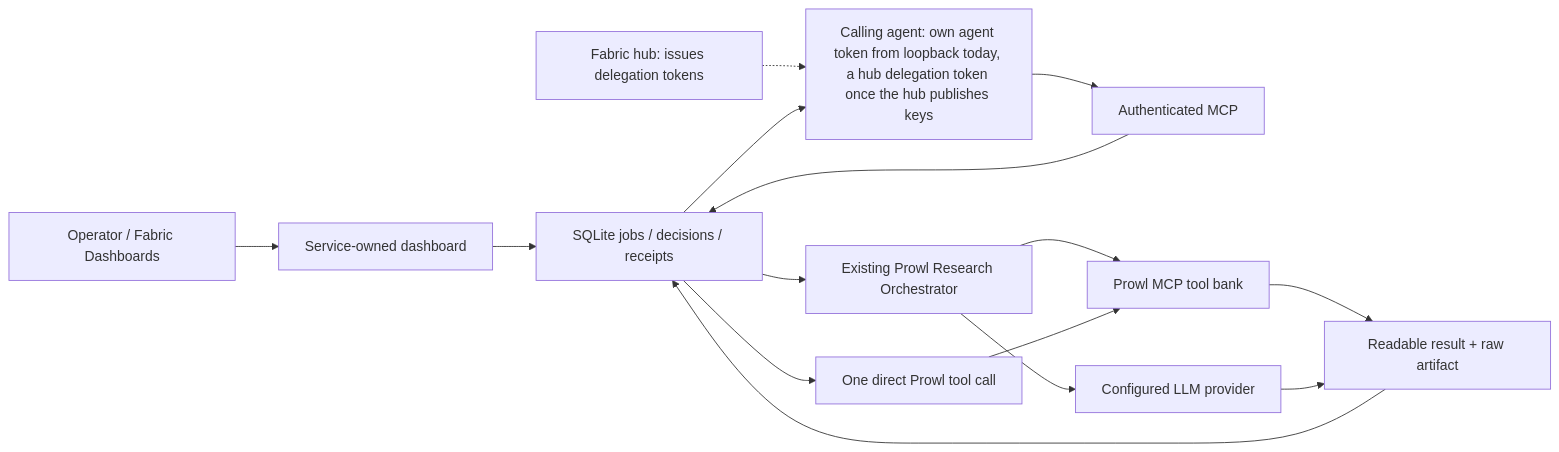
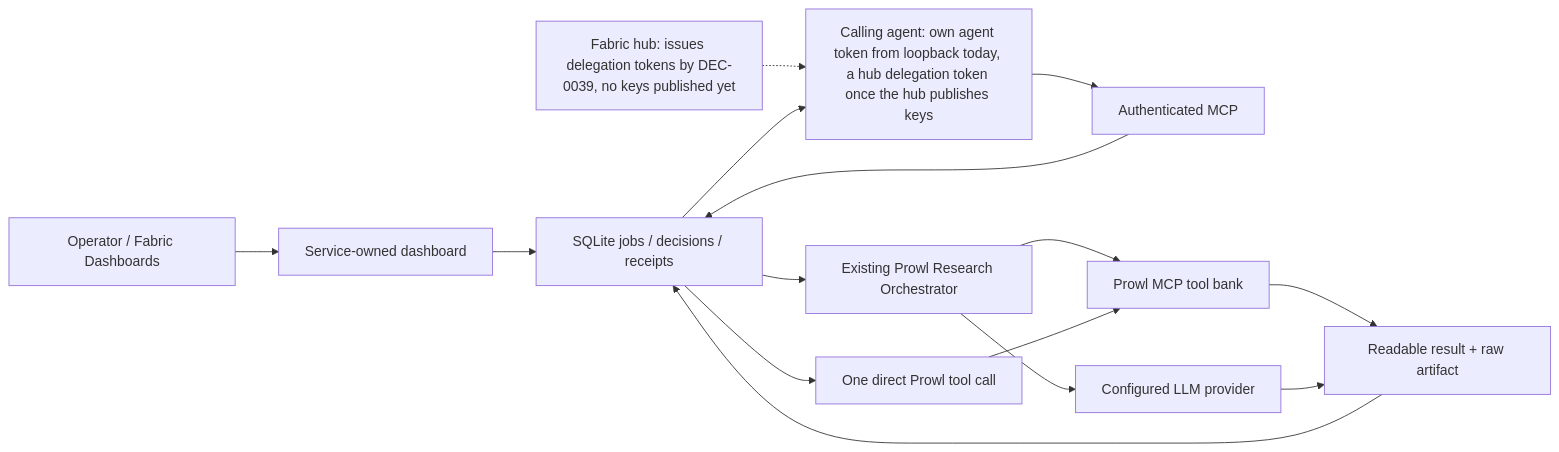
The diagram in docs/FABRIC.md (PROWL-AI/research-agent), drawn with Mermaid before and after one commit. The commit also changed 8 other files, not shown here.

````diff
--- a/docs/FABRIC.md
+++ b/docs/FABRIC.md
@@ -9,17 +9,17 @@
 ```mermaid
 flowchart LR
  A[Operator / Fabric Dashboards] --> D[Service-owned dashboard]
  C[Calling agent: own agent token from loopback today, a hub delegation token once the hub publishes keys] --> M[Authenticated MCP]
- H[Fabric hub: issues delegation tokens] -.-> C
+ H[Fabric hub: issues delegation tokens by DEC-0039, no keys published yet] -.-> C
  D --> S[SQLite jobs / decisions / receipts]
  M --> S
  S --> R[Existing Prowl Research Orchestrator]
  S --> T[One direct Prowl tool call]
  R --> P[Prowl MCP tool bank]
  R --> L[Configured LLM provider]
  T --> P
  P --> E[Readable result + raw artifact]
  L --> E
  E --> S
  S --> C
 ```
````
